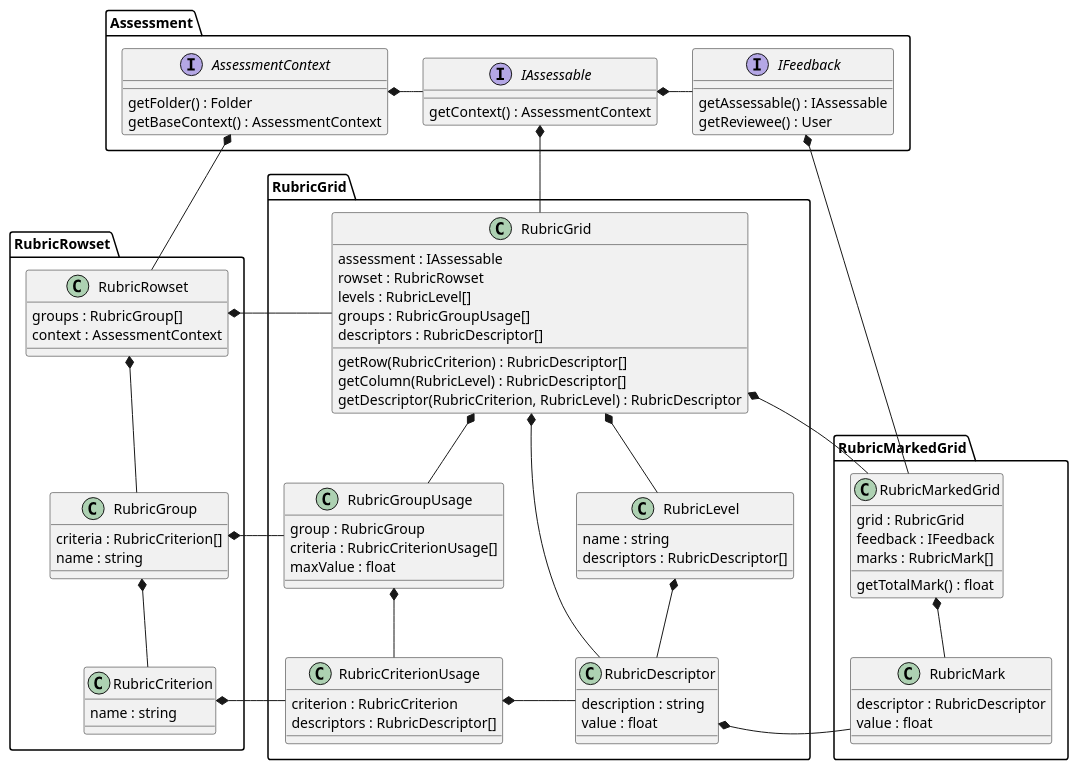
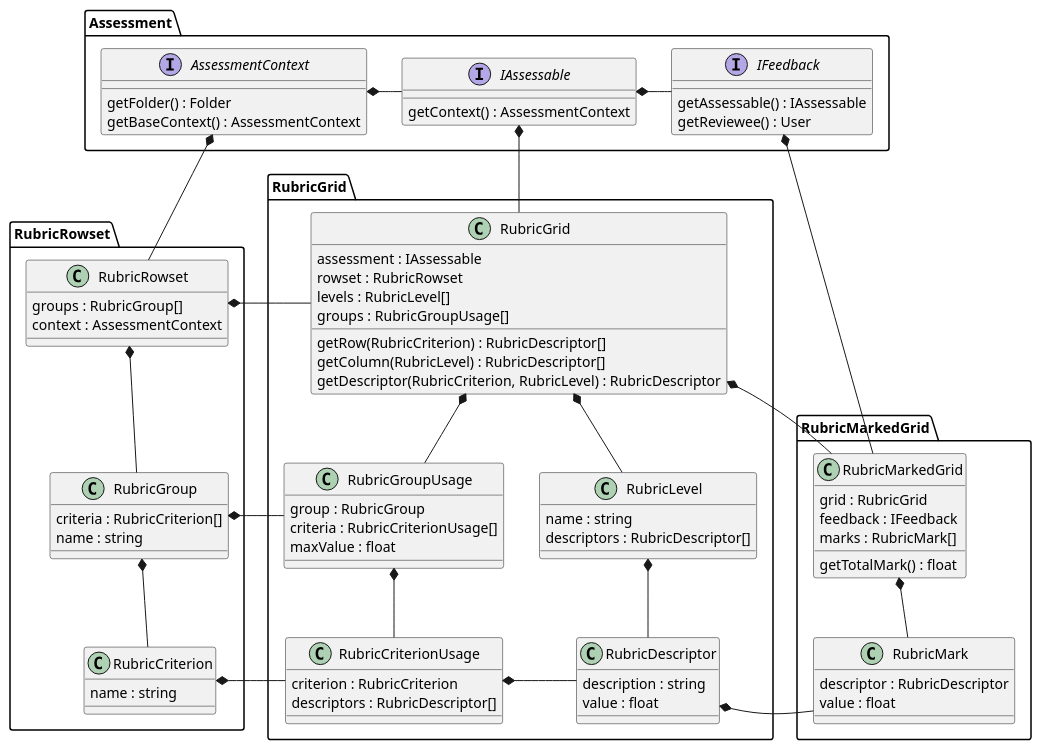
Before and after one commit to juliaattrevisan/schoolbox-api-docs: the diagram in library/Schoolbox/Assessment/Component/SubmissionBox/Rubric/Rubric.plantuml, drawn with PlantUML.

Commit message:
Remove unneeded grid to descriptor direct relation [SA-7281]

```diff
--- a/library/Schoolbox/Assessment/Component/SubmissionBox/Rubric/Rubric.plantuml
+++ b/library/Schoolbox/Assessment/Component/SubmissionBox/Rubric/Rubric.plantuml
@@ -1,127 +1,125 @@
 @startuml
 
 namespace Assessment {
 
     interface AssessmentContext {
         getFolder() : Folder
         getBaseContext() : AssessmentContext
     }
 
     interface IAssessable {
         getContext() : AssessmentContext
     }
 
     interface IFeedback {
         getAssessable() : IAssessable
         getReviewee() : User
     }
 
     ' internal relations
     AssessmentContext *-r- IAssessable
     IAssessable *-r- IFeedback
 }
 
 
 namespace RubricRowset {
 
     class RubricRowset {
         groups : RubricGroup[]
         context : AssessmentContext
     }
 
     class RubricGroup {
         criteria : RubricCriterion[]
         name : string
     }
 
     class RubricCriterion {
         name : string
     }
 
     ' internal relations
     RubricRowset *-d- RubricGroup
     RubricGroup *-d- RubricCriterion
 
     ' relation to Assessment
     Assessment.AssessmentContext *-d- RubricRowset
 }
 
 
 namespace RubricGrid {
 
     class RubricGrid {
         assessment : IAssessable
         rowset : RubricRowset
         levels : RubricLevel[]
         groups : RubricGroupUsage[]
-        descriptors : RubricDescriptor[]
         getRow(RubricCriterion) : RubricDescriptor[]
         getColumn(RubricLevel) : RubricDescriptor[]
         getDescriptor(RubricCriterion, RubricLevel) : RubricDescriptor
     }
 
     class RubricGroupUsage {
         group : RubricGroup
         criteria : RubricCriterionUsage[]
         maxValue : float
     }
 
     class RubricCriterionUsage {
         criterion : RubricCriterion
         descriptors : RubricDescriptor[]
     }
 
     class RubricLevel {
         name : string
         descriptors : RubricDescriptor[]
     }
 
     class RubricDescriptor {
         description : string
         value : float
     }
 
     ' internal relations
-    RubricGrid *-d- RubricDescriptor
     RubricGrid *-d- RubricGroupUsage
     RubricGroupUsage *-d- RubricCriterionUsage
     RubricCriterionUsage *-r- RubricDescriptor
     RubricGrid *-d- RubricLevel
     RubricLevel *-r- RubricDescriptor
 
     ' relation to Assessment
     Assessment.IAssessable *-d- RubricGrid
 
     ' relation to RubricRowset
     RubricGrid -l-* RubricRowset.RubricRowset
     RubricGroupUsage -l-* RubricRowset.RubricGroup
     RubricCriterionUsage -l-* RubricRowset.RubricCriterion
 }
 
 
 namespace RubricMarkedGrid {
 
     class RubricMarkedGrid {
         grid : RubricGrid
         feedback : IFeedback
         marks : RubricMark[]
         getTotalMark() : float
     }
 
     class RubricMark {
         descriptor : RubricDescriptor
         value : float
     }
 
     ' internal relations
     RubricMarkedGrid *-d- RubricMark
 
     ' relation to Assessment
     Assessment.IFeedback *-d- RubricMarkedGrid
 
     ' relation to RubricGrid
     RubricMarkedGrid -l-* RubricGrid.RubricGrid
     RubricMark -l-* RubricGrid.RubricDescriptor
 }
 
 @enduml
```
